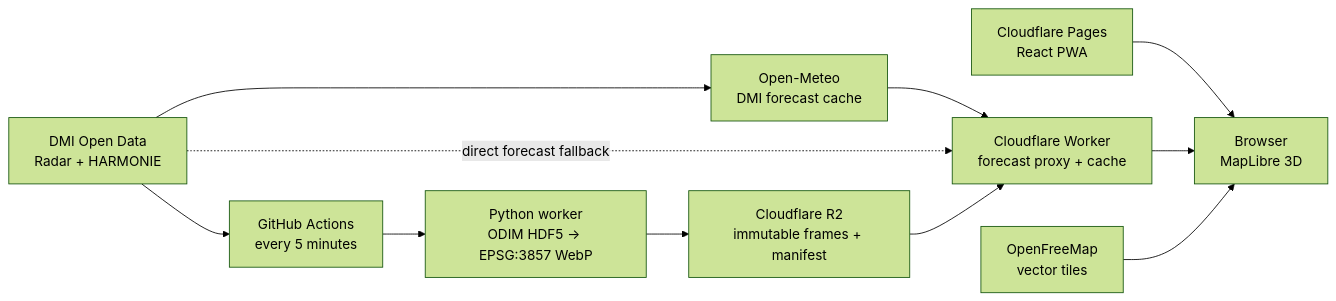
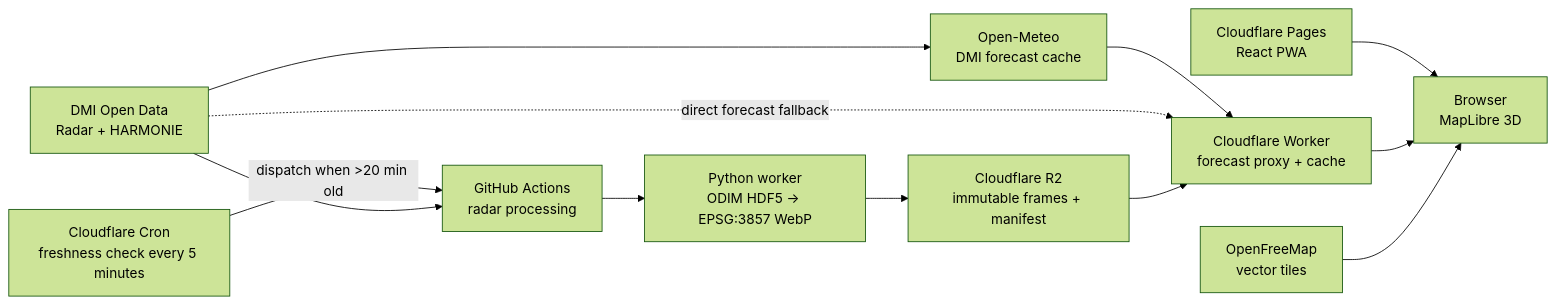
The diagram in README.md (browndahl/wetMap), drawn with Mermaid (forest theme) before and after one commit. The commit also changed other lines of this file and 11 other files, not shown here.

Commit message:
fix: keep radar live and collapse timeline

````diff
--- a/README.md
+++ b/README.md
@@ -21,20 +21,22 @@
 ```mermaid
 flowchart LR
   DMI["DMI Open Data\nRadar + HARMONIE"]
   OM["Open-Meteo\nDMI forecast cache"]
-  GH["GitHub Actions\nevery 5 minutes"]
+  Scheduler["Cloudflare Cron\nfreshness check every 5 minutes"]
+  GH["GitHub Actions\nradar processing"]
   PW["Python worker\nODIM HDF5 → EPSG:3857 WebP"]
   R2["Cloudflare R2\nimmutable frames + manifest"]
   Edge["Cloudflare Worker\nforecast proxy + cache"]
   Pages["Cloudflare Pages\nReact PWA"]
   Map["OpenFreeMap\nvector tiles"]
   User["Browser\nMapLibre 3D"]
 
+  Scheduler -->|dispatch when >20 min old| GH
   DMI --> GH --> PW --> R2
   DMI --> OM --> Edge
   DMI -. direct forecast fallback .-> Edge
   R2 --> Edge
   Pages --> User
   Edge --> User
   Map --> User
 ```
````
